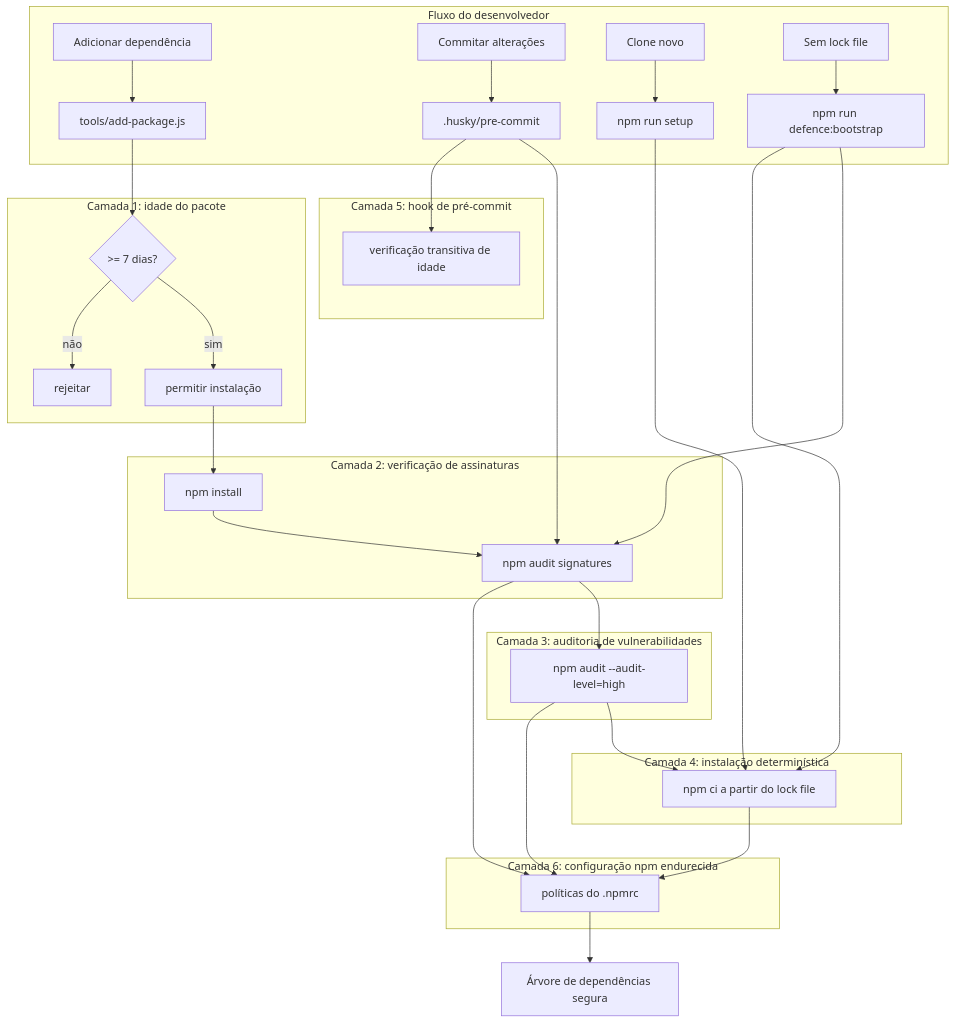
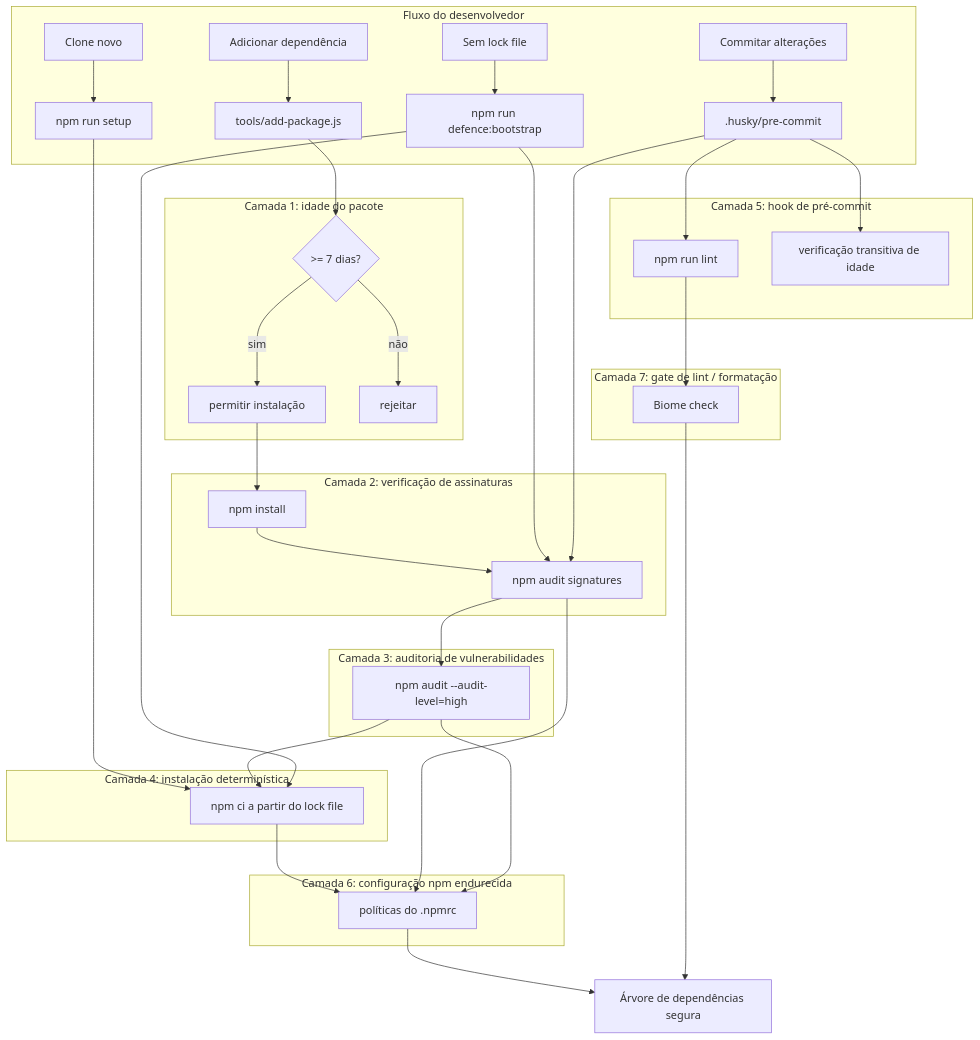
One commit to adrianoenache/learn-supply-chain-attack-defence changed the diagram in docs/pt-BR/security/index.md. Above: the diagram before and after it, drawn with Mermaid. The commit also changed other lines of this file and 18 other files, not shown here.

Commit message:
feat: add architecture and tools documentation; enhance README with quick links and project structure

````diff
--- a/docs/pt-BR/security/index.md
+++ b/docs/pt-BR/security/index.md
@@ -7,45 +7,51 @@
 ```mermaid
 flowchart TD
     subgraph Developer["Fluxo do desenvolvedor"]
         A[Adicionar dependência] --> B[tools/add-package.js]
         C[Commitar alterações] --> D[.husky/pre-commit]
         E[Clone novo] --> F[npm run setup]
         Z[Sem lock file] --> Y[npm run defence:bootstrap]
     end
 
     subgraph Layer1["Camada 1: idade do pacote"]
         B --> G{>= 7 dias?}
         G -->|sim| H[permitir instalação]
         G -->|não| I[rejeitar]
     end
 
     H --> J[npm install]
 
     subgraph Layer2["Camada 2: verificação de assinaturas"]
         J --> K[npm audit signatures]
         Y --> K
     end
 
     subgraph Layer3["Camada 3: auditoria de vulnerabilidades"]
         K --> L[npm audit --audit-level=high]
     end
 
     subgraph Layer4["Camada 4: instalação determinística"]
         F --> M[npm ci a partir do lock file]
         L --> M
         Y --> M
     end
 
     subgraph Layer5["Camada 5: hook de pré-commit"]
+        D --> Q[npm run lint]
         D --> K
         D --> N[verificação transitiva de idade]
     end
 
     subgraph Layer6["Camada 6: configuração npm endurecida"]
         M --> O[políticas do .npmrc]
         K --> O
         L --> O
     end
 
+    subgraph Layer7["Camada 7: gate de lint / formatação"]
+        Q --> R[Biome check]
+    end
+
     O --> P[Árvore de dependências segura]
+    R --> P
 ```
````
